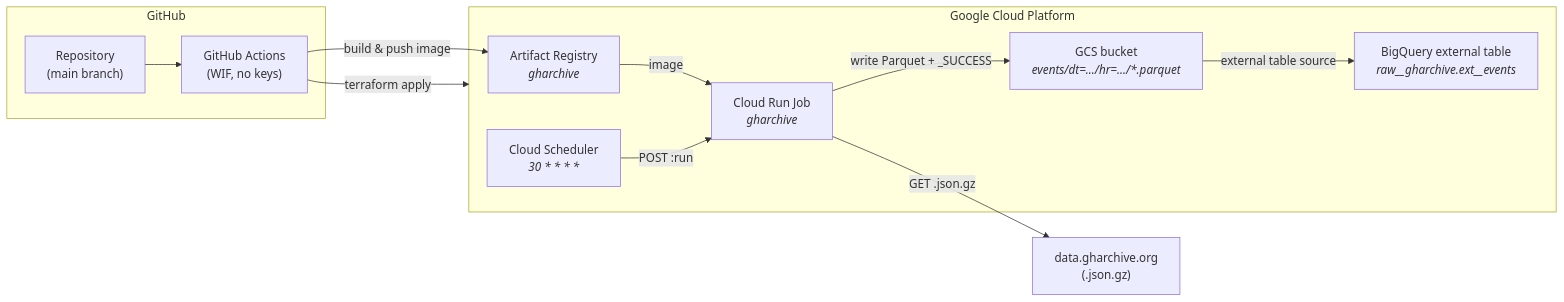
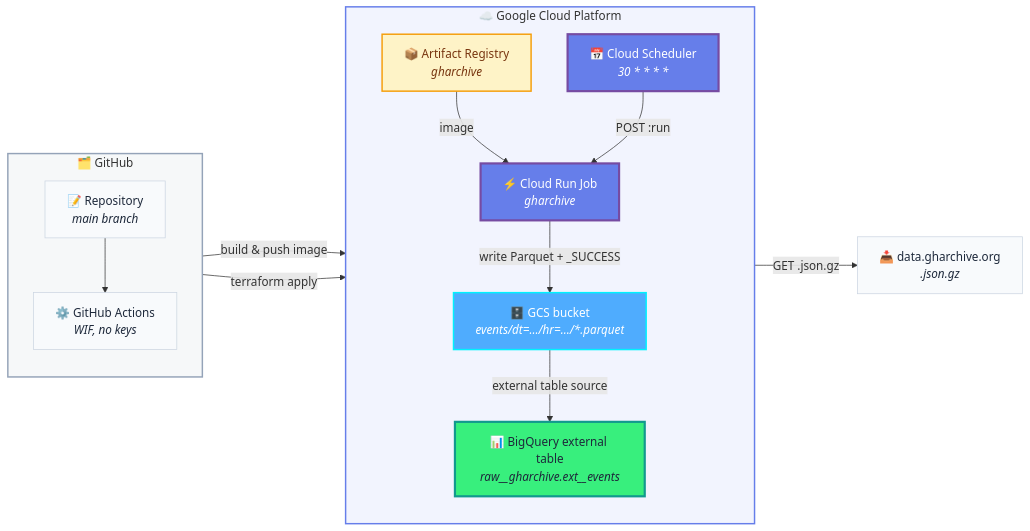
Before and after one commit to joshua-data/project-gharchive-elt: the diagram in README.md, drawn with Mermaid. The commit also changed 2 other files, not shown here.

Commit message:
edited: apply mermaid style policy to README.s

````diff
--- a/README.md
+++ b/README.md
@@ -7,26 +7,43 @@
 ```mermaid
 flowchart LR
-    subgraph GH["GitHub"]
-        REPO["Repository<br/>(main branch)"]
-        GHA["GitHub Actions<br/>(WIF, no keys)"]
+    subgraph GH["🗂️ GitHub"]
+        direction TB
+        REPO["📝 Repository<br/><i>main branch</i>"]
+        GHA["⚙️ GitHub Actions<br/><i>WIF, no keys</i>"]
     end
 
-    subgraph GCP["Google Cloud Platform"]
-        AR["Artifact Registry<br/><i>gharchive</i>"]
-        SCH["Cloud Scheduler<br/><i>30 * * * *</i>"]
-        JOB["Cloud Run Job<br/><i>gharchive</i>"]
-        GCS["GCS bucket<br/><i>events/dt=…/hr=…/*.parquet</i>"]
-        BQ["BigQuery external table<br/><i>raw__gharchive.ext__events</i>"]
+    subgraph GCP["☁️ Google Cloud Platform"]
+        direction TB
+        AR["📦 Artifact Registry<br/><i>gharchive</i>"]
+        SCH["📅 Cloud Scheduler<br/><i>30 * * * *</i>"]
+        JOB["⚡ Cloud Run Job<br/><i>gharchive</i>"]
+        GCS["🗄️ GCS bucket<br/><i>events/dt=…/hr=…/*.parquet</i>"]
+        BQ["📊 BigQuery external table<br/><i>raw__gharchive.ext__events</i>"]
     end
 
-    EXT["data.gharchive.org<br/>(.json.gz)"]
+    EXT["📥 data.gharchive.org<br/><i>.json.gz</i>"]
 
     REPO --> GHA
-    GHA -- "build &amp; push image" --> AR
-    GHA -- "terraform apply" --> GCP
-    AR -- "image" --> JOB
-    SCH -- "POST :run" --> JOB
-    JOB -- "GET .json.gz" --> EXT
-    JOB -- "write Parquet + _SUCCESS" --> GCS
-    GCS -- "external table source" --> BQ
+    GHA -->|"build &amp; push image"| AR
+    GHA -->|"terraform apply"| GCP
+    AR -->|"image"| JOB
+    SCH -->|"POST :run"| JOB
+    JOB -->|"GET .json.gz"| EXT
+    JOB -->|"write Parquet + _SUCCESS"| GCS
+    GCS -->|"external table source"| BQ
+
+    classDef primary   fill:#667eea,stroke:#764ba2,color:#fff,stroke-width:3px
+    classDef secondary fill:#4facfe,stroke:#00f2fe,color:#fff,stroke-width:2px
+    classDef success   fill:#38ef7d,stroke:#11998e,color:#1e293b,stroke-width:3px
+    classDef warning   fill:#fef3c7,stroke:#f59e0b,color:#78350f,stroke-width:2px
+    classDef neutral   fill:#f8fafc,stroke:#cbd5e1,color:#1e293b,stroke-width:1px
+
+    class JOB,SCH primary
+    class GCS secondary
+    class BQ success
+    class AR warning
+    class REPO,GHA,EXT neutral
+
+    style GH fill:#94a3b815,stroke:#94a3b8,stroke-width:2px
+    style GCP fill:#667eea15,stroke:#667eea,stroke-width:2px
 ```
````
